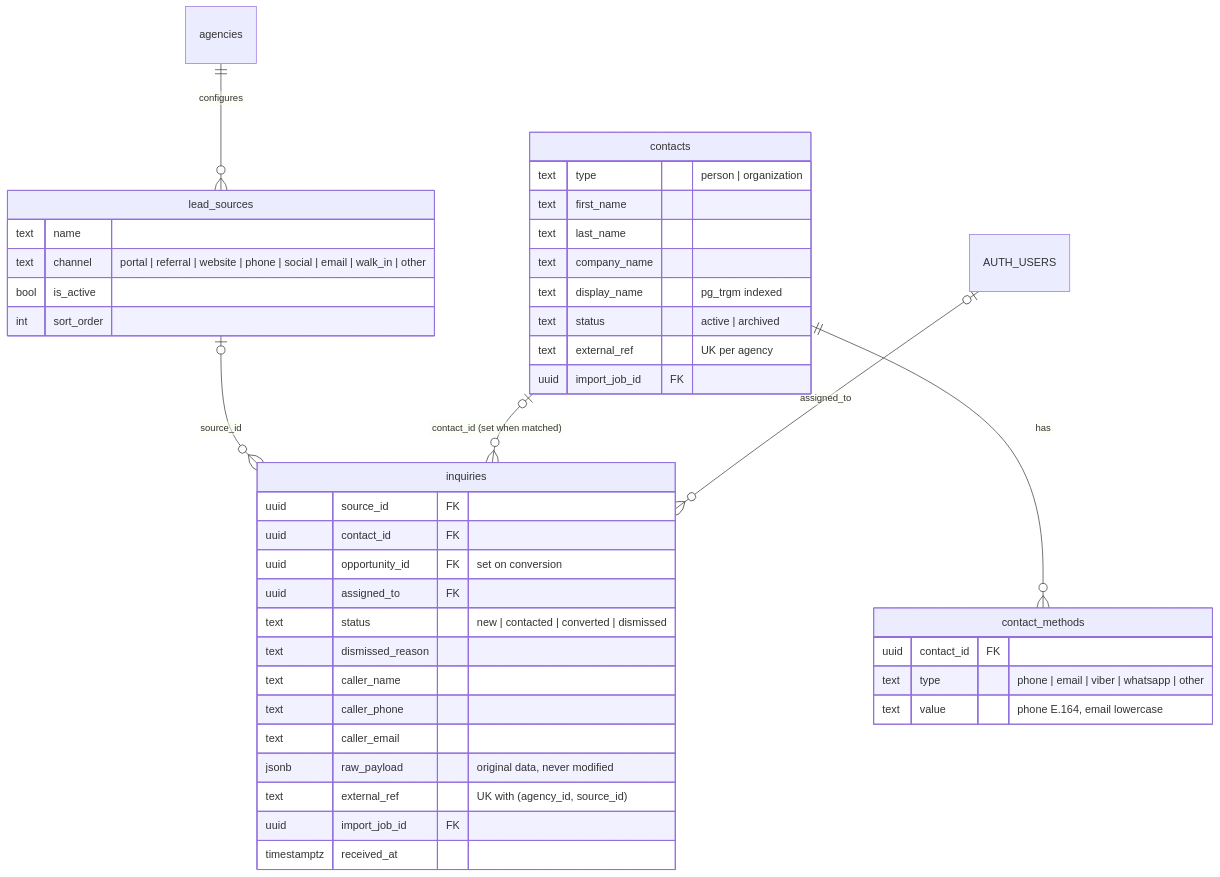
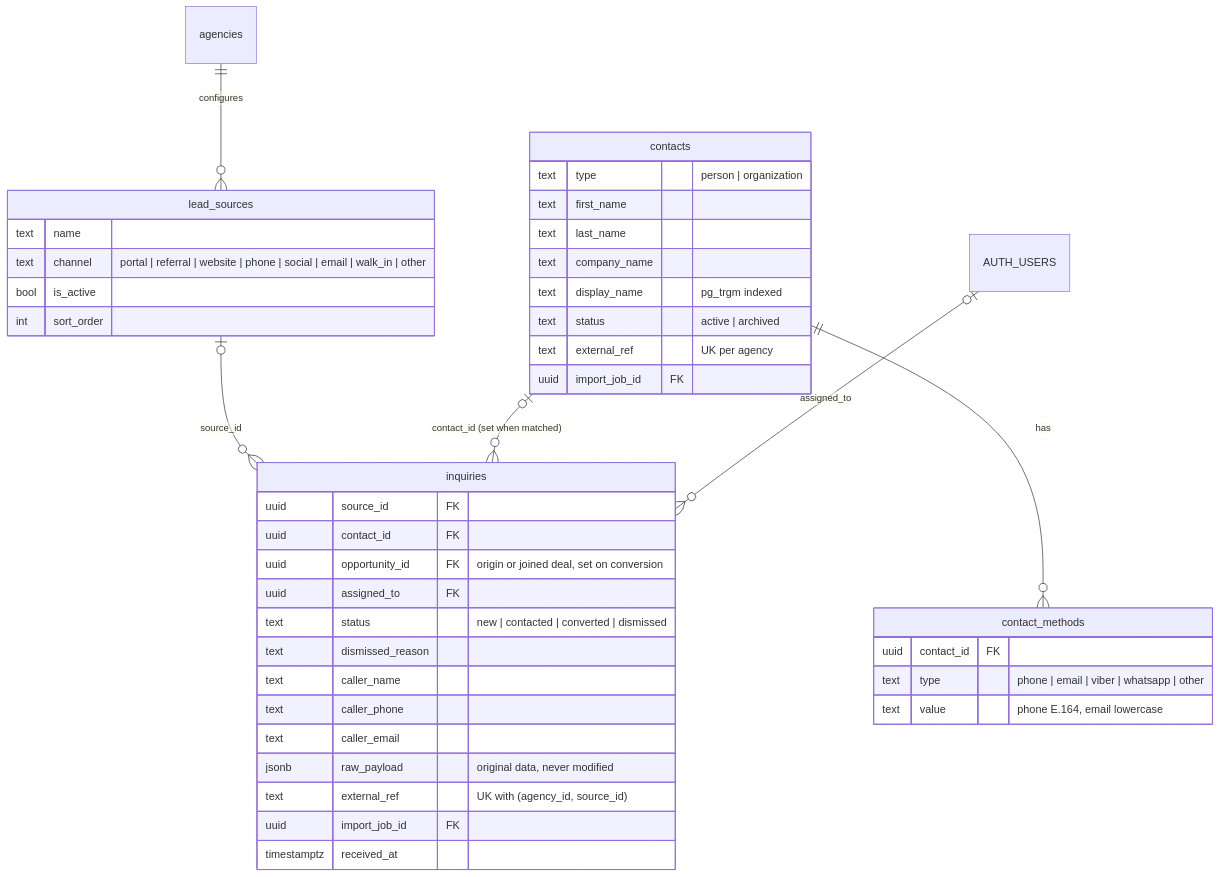
One commit to dreaminglory/retail_broker_CRM changed the third of 15 diagrams in docs/domain-model.md. Above: the diagram before and after it, drawn with Mermaid. The commit also changed other lines of this file and 5 other files, not shown here.

````diff
--- a/docs/domain-model.md
+++ b/docs/domain-model.md
@@ -125,45 +125,45 @@
 ```mermaid
 erDiagram
   agencies ||--o{ lead_sources : "configures"
   lead_sources |o--o{ inquiries : "source_id"
   contacts |o--o{ inquiries : "contact_id (set when matched)"
   contacts ||--o{ contact_methods : "has"
   AUTH_USERS |o--o{ inquiries : "assigned_to"
 
   lead_sources {
     text name
     text channel "portal | referral | website | phone | social | email | walk_in | other"
     bool is_active
     int sort_order
   }
   inquiries {
     uuid source_id FK
     uuid contact_id FK
-    uuid opportunity_id FK "set on conversion"
+    uuid opportunity_id FK "origin or joined deal, set on conversion"
     uuid assigned_to FK
     text status "new | contacted | converted | dismissed"
     text dismissed_reason
     text caller_name
     text caller_phone
     text caller_email
     jsonb raw_payload "original data, never modified"
     text external_ref "UK with (agency_id, source_id)"
     uuid import_job_id FK
     timestamptz received_at
   }
   contacts {
     text type "person | organization"
     text first_name
     text last_name
     text company_name
     text display_name "pg_trgm indexed"
     text status "active | archived"
     text external_ref "UK per agency"
     uuid import_job_id FK
   }
   contact_methods {
     uuid contact_id FK
     text type "phone | email | viber | whatsapp | other"
     text value "phone E.164, email lowercase"
   }
 ```
````
